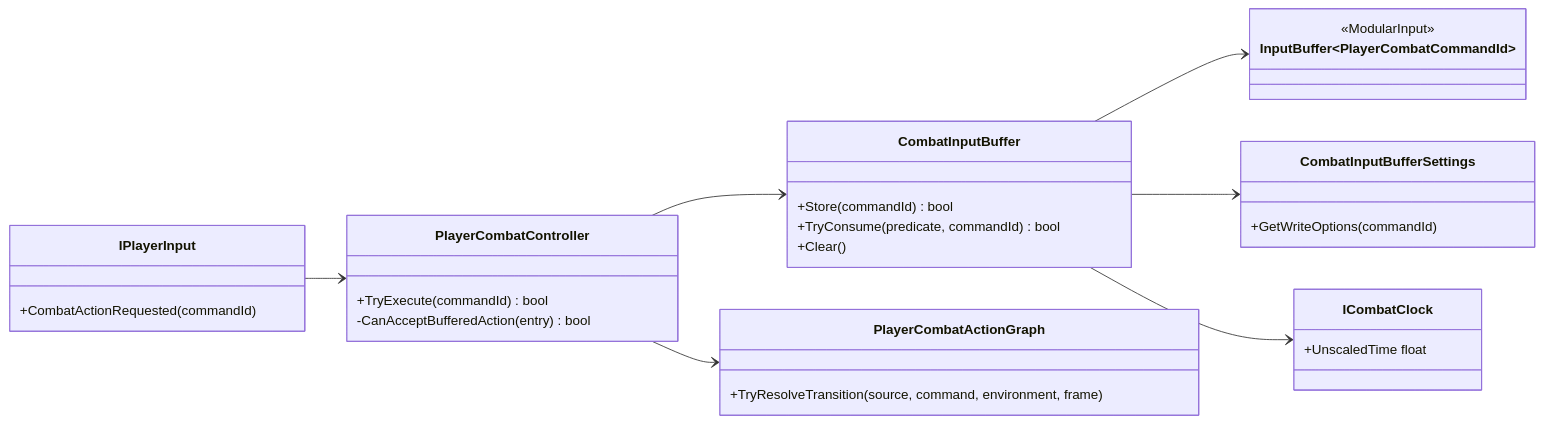
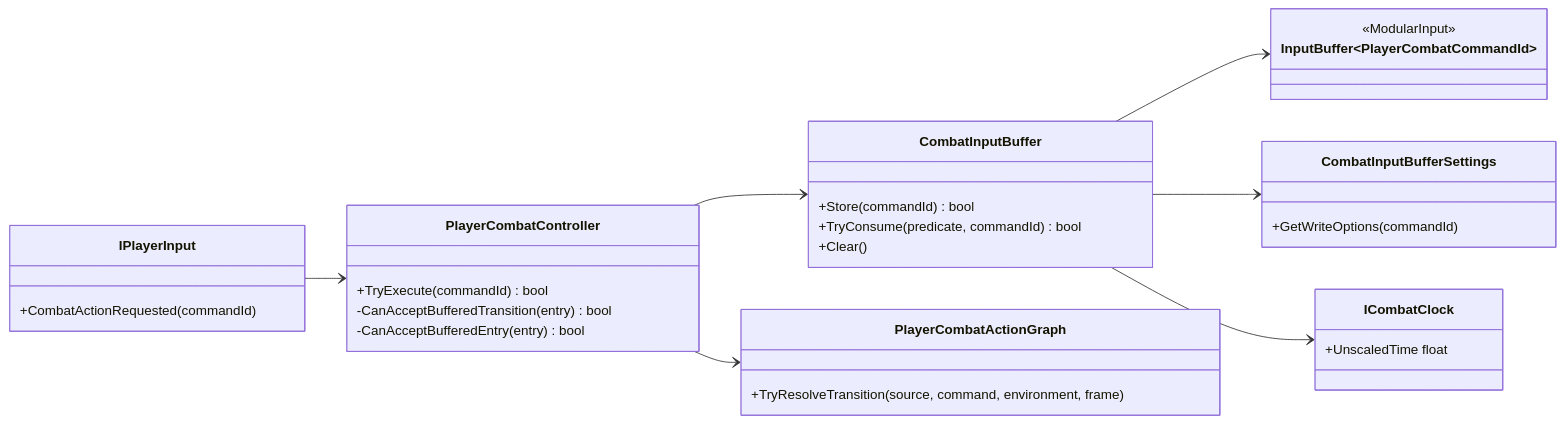
The diagram in Docs/Architecture/Combat.InputBuffer.md (MaximFonariuc/project-s), drawn with Mermaid before and after one commit. The commit also changed other lines of this file and 3 other files, not shown here.

````diff
--- a/Docs/Architecture/Combat.InputBuffer.md
+++ b/Docs/Architecture/Combat.InputBuffer.md
@@ -9,36 +9,37 @@
 ```mermaid
 classDiagram
     direction LR
 
     class IPlayerInput {
         +CombatActionRequested(commandId)
     }
     class PlayerCombatController {
         +TryExecute(commandId) bool
-        -CanAcceptBufferedAction(entry) bool
+        -CanAcceptBufferedTransition(entry) bool
+        -CanAcceptBufferedEntry(entry) bool
     }
     class CombatInputBuffer {
         +Store(commandId) bool
         +TryConsume(predicate, commandId) bool
         +Clear()
     }
     class CombatInputBufferSettings {
         +GetWriteOptions(commandId)
     }
     class InputBuffer~PlayerCombatCommandId~ {
         <<ModularInput>>
     }
     class PlayerCombatActionGraph {
         +TryResolveTransition(source, command, environment, frame)
     }
     class ICombatClock {
         +UnscaledTime float
     }
 
     IPlayerInput --> PlayerCombatController
     PlayerCombatController --> CombatInputBuffer
     PlayerCombatController --> PlayerCombatActionGraph
     CombatInputBuffer --> InputBuffer~PlayerCombatCommandId~
     CombatInputBuffer --> CombatInputBufferSettings
     CombatInputBuffer --> ICombatClock
 ```
````
